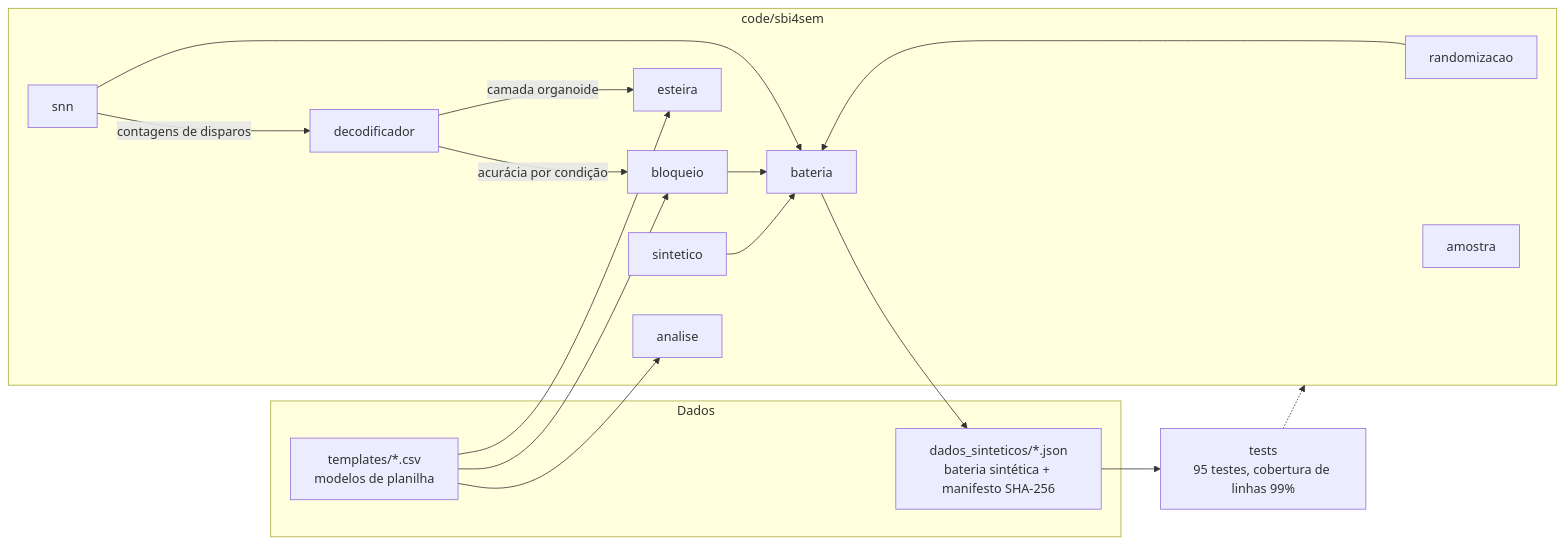
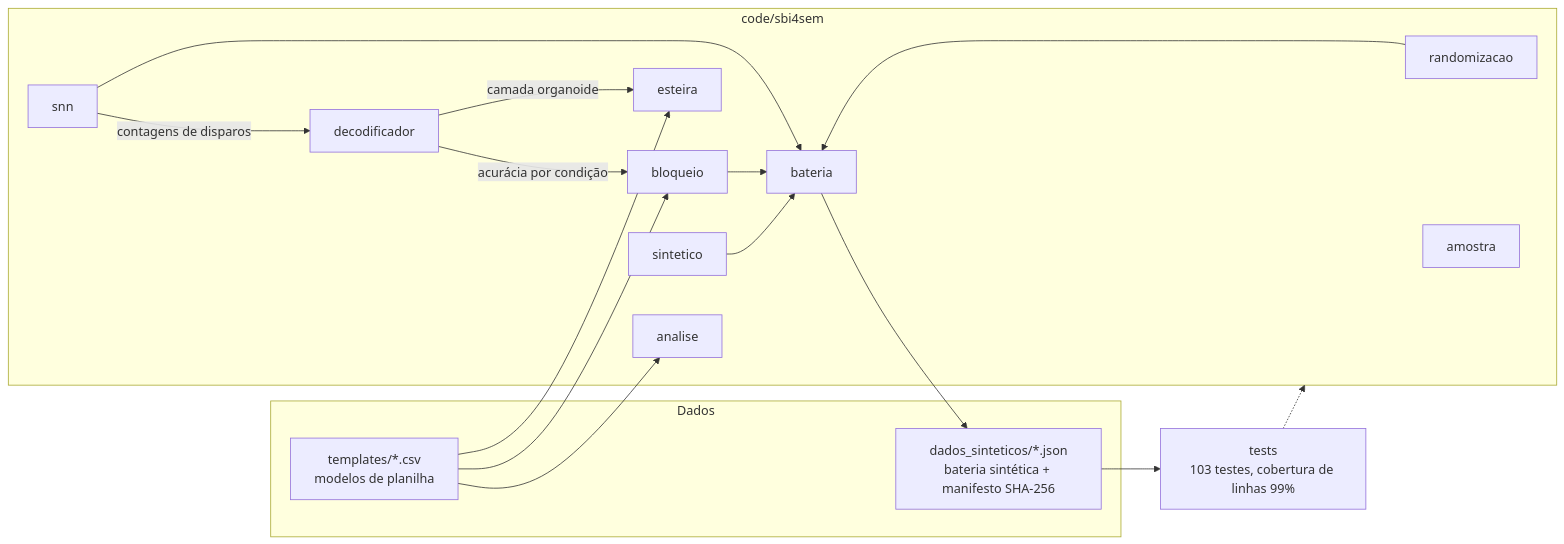
Before and after one commit to SBI4SEM/FW: the tenth of 10 diagrams in README.md, drawn with Mermaid. The commit also changed other lines of this file and 12 other files, not shown here.

````diff
--- a/README.md
+++ b/README.md
@@ -216,32 +218,32 @@
 ```mermaid
 flowchart LR
     subgraph Dados
         CSV["templates/*.csv<br/>modelos de planilha"]
         JSON["dados_sinteticos/*.json<br/>bateria sintética + manifesto SHA-256"]
     end
     subgraph Pacote["code/sbi4sem"]
         RAND["randomizacao"]
         AMO["amostra"]
         ANA["analise"]
         SNN["snn"]
         DEC["decodificador"]
         BLO["bloqueio"]
         EST["esteira"]
         SIN["sintetico"]
         BAT["bateria"]
     end
-    TST["tests<br/>95 testes, cobertura de linhas 99%"]
+    TST["tests<br/>103 testes, cobertura de linhas 99%"]
     SNN -- "contagens de disparos" --> DEC
     DEC -- "acurácia por condição" --> BLO
     DEC -- "camada organoide" --> EST
     RAND --> BAT
     SIN --> BAT
     SNN --> BAT
     BLO --> BAT
     BAT --> JSON
     CSV --> ANA
     CSV --> BLO
     CSV --> EST
     JSON --> TST
     TST -.-> Pacote
 ```
````
